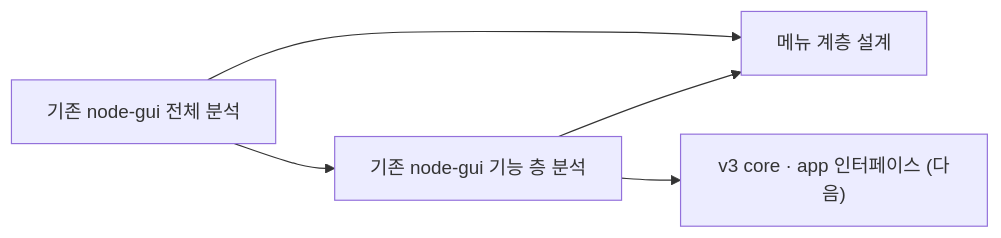
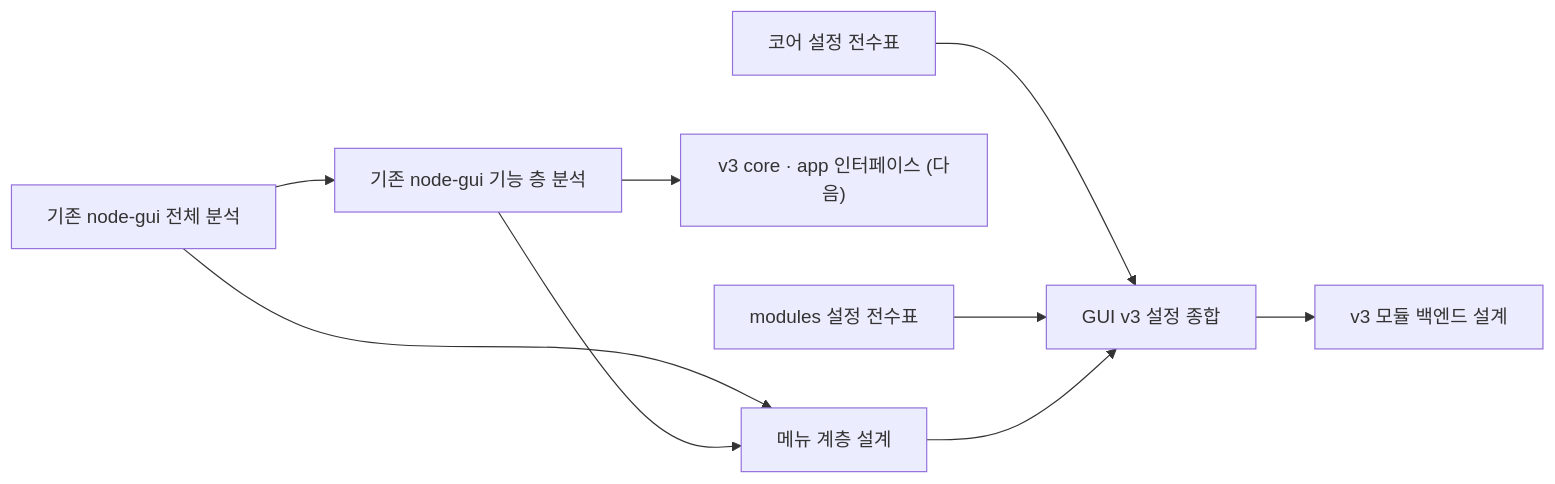
One commit to StellaxiaLab/modules changed the diagram in common/lab.stellaxia.gui-v3/docs/README.md. Above: the diagram before and after it, drawn with Mermaid. The commit also changed other lines of this file and 4 other files, not shown here.

First line of the commit message:
lab.stellaxia.gui-v3: 설정 · 변수 전수 분석과 백엔드 설계 문서

````diff
--- a/common/lab.stellaxia.gui-v3/docs/README.md
+++ b/common/lab.stellaxia.gui-v3/docs/README.md
@@ -30,7 +34,11 @@
 ```mermaid
 flowchart LR
   A["기존 node-gui 전체 분석"] --> B["기존 node-gui 기능 층 분석"]
   A --> D["메뉴 계층 설계"]
   B --> D
   B --> C["v3 core · app 인터페이스 (다음)"]
+  E["코어 설정 전수표"] --> S["GUI v3 설정 종합"]
+  F["modules 설정 전수표"] --> S
+  D --> S
+  S --> BE["v3 모듈 백엔드 설계"]
 ```
````
